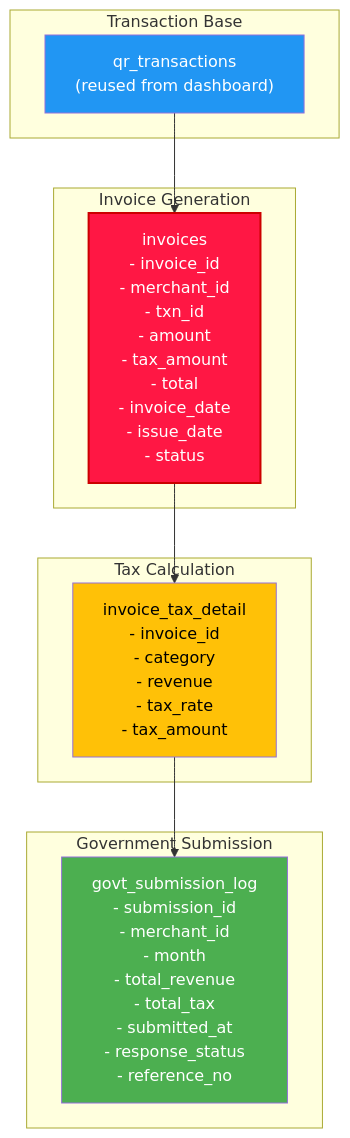
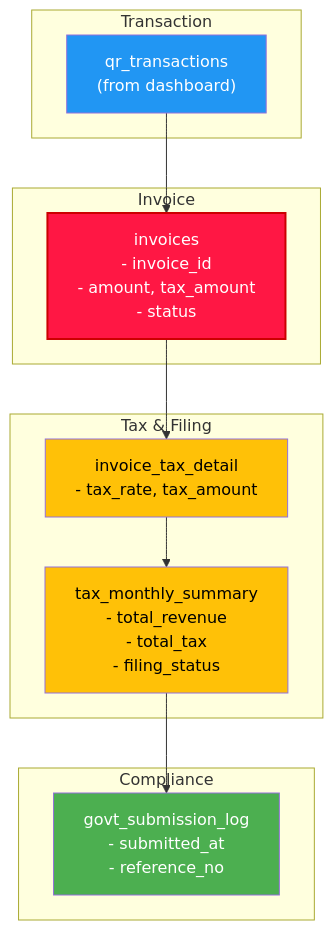
One commit to lamtquyen03/momo-product-engineering changed diagram 16 of 19 in product-areas/sme-merchants-product-design.md. Above: the diagram before and after it, drawn with Mermaid. The commit also changed other lines of this file, not shown here.

Commit message:
[OPTIMIZE] Condense Section 4 - preserve Mermaid diagrams, remove verbose SQL/examples

````diff
--- a/product-areas/sme-merchants-product-design.md
+++ b/product-areas/sme-merchants-product-design.md
@@ -1041,27 +844,30 @@
 ```mermaid
 graph TB
-    subgraph "Transaction Base"
-        TXN["qr_transactions<br/>(reused from dashboard)"]
+    subgraph "Transaction"
+        TXN["qr_transactions<br/>(from dashboard)"]
     end
 
-    subgraph "Invoice Generation"
-        INV["invoices<br/>- invoice_id<br/>- merchant_id<br/>- txn_id<br/>- amount<br/>- tax_amount<br/>- total<br/>- invoice_date<br/>- issue_date<br/>- status"]
+    subgraph "Invoice"
+        INV["invoices<br/>- invoice_id<br/>- amount, tax_amount<br/>- status"]
     end
 
-    subgraph "Tax Calculation"
-        TAX["invoice_tax_detail<br/>- invoice_id<br/>- category<br/>- revenue<br/>- tax_rate<br/>- tax_amount"]
+    subgraph "Tax & Filing"
+        TAX["invoice_tax_detail<br/>- tax_rate, tax_amount"]
+        FILING["tax_monthly_summary<br/>- total_revenue<br/>- total_tax<br/>- filing_status"]
     end
 
-    subgraph "Government Submission"
-        GOV["govt_submission_log<br/>- submission_id<br/>- merchant_id<br/>- month<br/>- total_revenue<br/>- total_tax<br/>- submitted_at<br/>- response_status<br/>- reference_no"]
+    subgraph "Compliance"
+        GOV["govt_submission_log<br/>- submitted_at<br/>- reference_no"]
     end
 
     TXN --> INV
     INV --> TAX
-    TAX --> GOV
+    TAX --> FILING
+    FILING --> GOV
 
     style TXN fill:#2196F3,color:#fff
     style INV fill:#FF1744,color:#fff,stroke:#C00,stroke-width:2px
     style TAX fill:#FFC107,color:#000
+    style FILING fill:#FFC107,color:#000
     style GOV fill:#4CAF50,color:#fff
 ```
````
